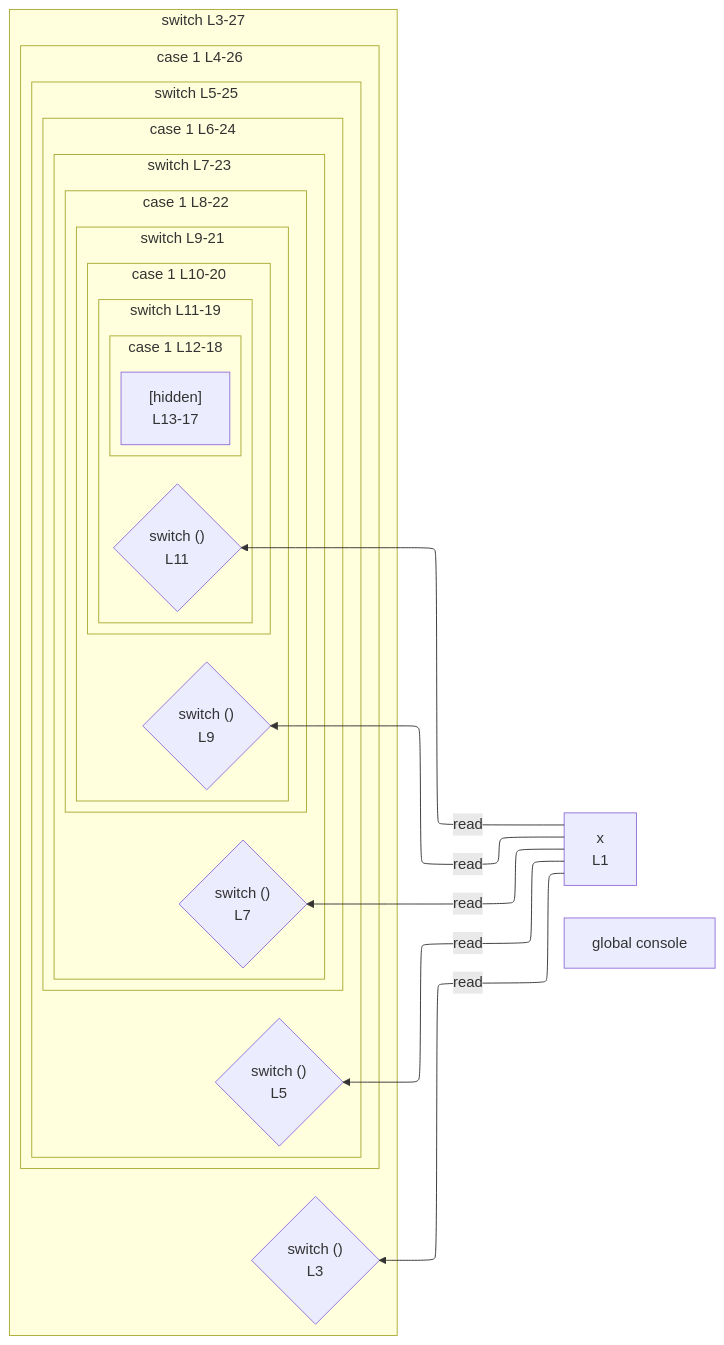
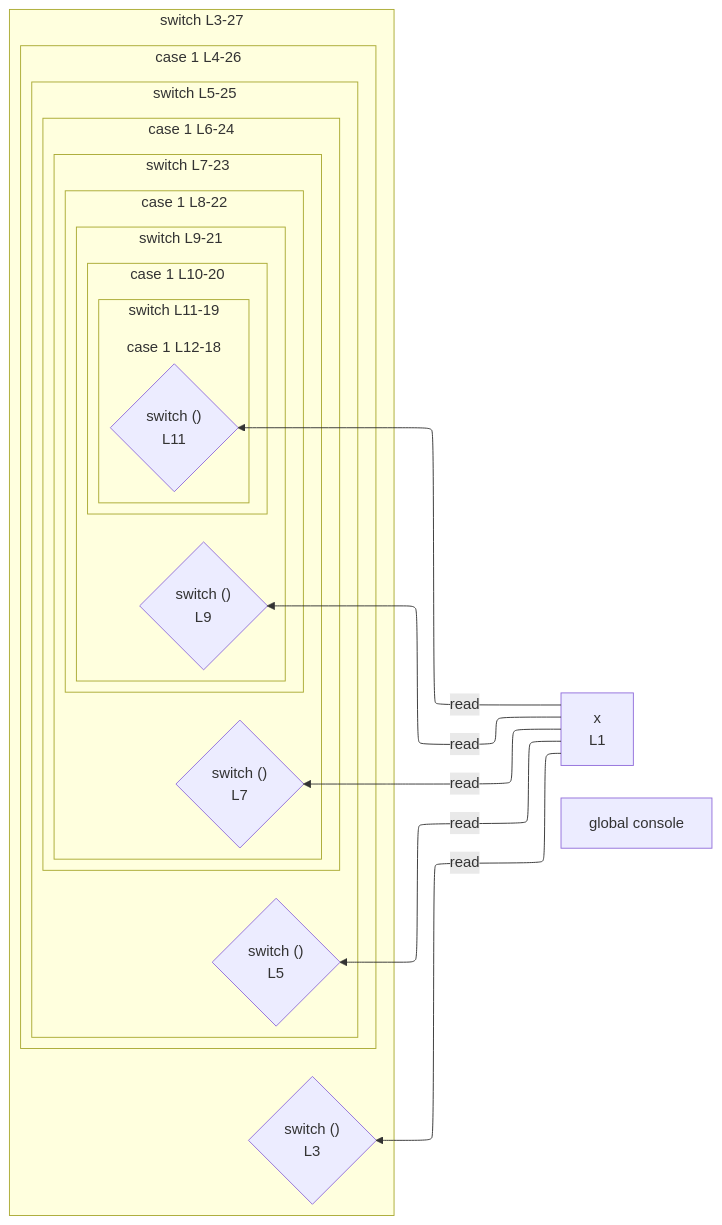
The diagram in integration/fixtures/app-behavior/depth/switch/depth-5/preview.md (crescware/unsnarl), drawn with Mermaid before and after one commit. The commit also changed 96 other files, not shown here.

````diff
--- a/integration/fixtures/app-behavior/depth/switch/depth-5/preview.md
+++ b/integration/fixtures/app-behavior/depth/switch/depth-5/preview.md
@@ -37,47 +37,46 @@
 ```mermaid
 %%{init: {"flowchart": {"defaultRenderer": "elk"}}}%%
 flowchart RL
   n_scope_0_x_6["x<br/>L1"]
   n_scope_0_console_296["global console"]
   subgraph s_scope_1["switch L3-27"]
     direction RL
     switch_discriminant_scope_0_14{"switch ()<br/>L3"}
     subgraph s_scope_2["case 1 L4-26"]
       direction RL
       subgraph s_scope_3["switch L5-25"]
         direction RL
         switch_discriminant_scope_2_41{"switch ()<br/>L5"}
         subgraph s_scope_4["case 1 L6-24"]
           direction RL
           subgraph s_scope_5["switch L7-23"]
             direction RL
             switch_discriminant_scope_4_76{"switch ()<br/>L7"}
             subgraph s_scope_6["case 1 L8-22"]
               direction RL
               subgraph s_scope_7["switch L9-21"]
                 direction RL
                 switch_discriminant_scope_6_119{"switch ()<br/>L9"}
                 subgraph s_scope_8["case 1 L10-20"]
                   direction RL
                   subgraph s_scope_9["switch L11-19"]
                     direction RL
                     switch_discriminant_scope_8_170{"switch ()<br/>L11"}
                     subgraph s_scope_10["case 1 L12-18"]
                       direction RL
-                      collapsed_scope_11["[hidden]<br/>L13-17"]
                     end
                   end
                 end
               end
             end
           end
         end
       end
     end
   end
   n_scope_0_x_6 -->|read| switch_discriminant_scope_0_14
   n_scope_0_x_6 -->|read| switch_discriminant_scope_2_41
   n_scope_0_x_6 -->|read| switch_discriminant_scope_4_76
   n_scope_0_x_6 -->|read| switch_discriminant_scope_6_119
   n_scope_0_x_6 -->|read| switch_discriminant_scope_8_170
 ```
````
